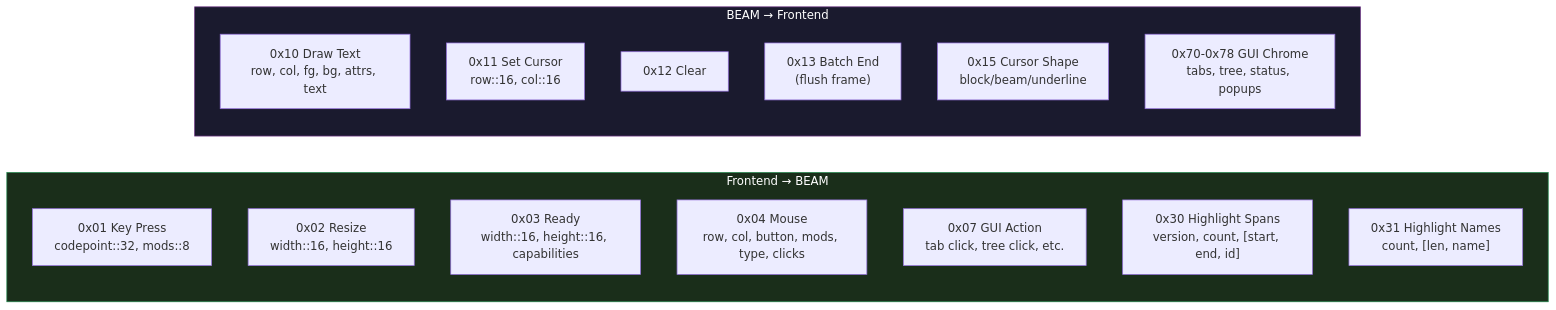
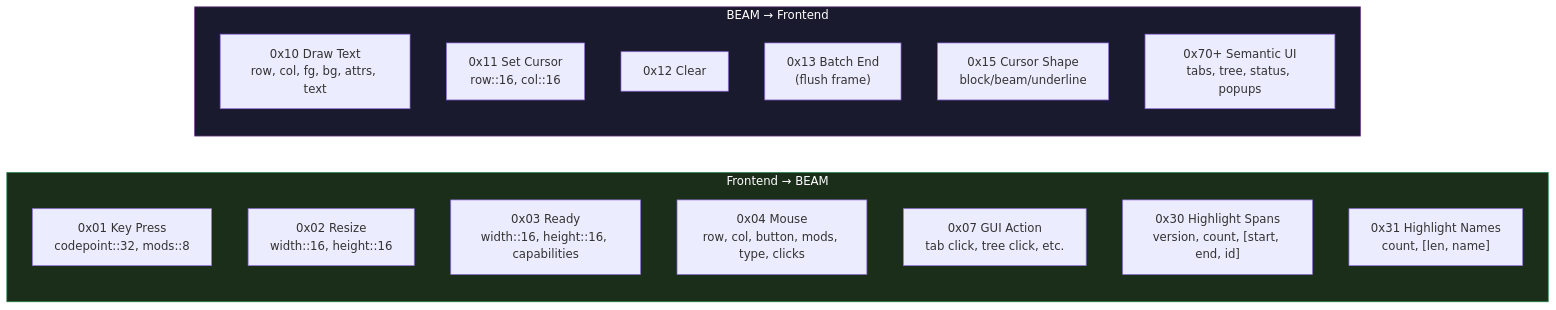
Before and after one commit to jsmestad/minga: the seventh of 10 diagrams in docs/ARCHITECTURE.md, drawn with Mermaid. The commit also changed other lines of this file and 4 other files, not shown here.

````diff
--- a/docs/ARCHITECTURE.md
+++ b/docs/ARCHITECTURE.md
@@ -320,24 +322,24 @@
 ```mermaid
 graph LR
     subgraph FrontendToBEAM["Frontend → BEAM"]
         K["0x01 Key Press<br/>codepoint::32, mods::8"]
         R["0x02 Resize<br/>width::16, height::16"]
         RDY["0x03 Ready<br/>width::16, height::16, capabilities"]
         M["0x04 Mouse<br/>row, col, button, mods, type, clicks"]
         GA["0x07 GUI Action<br/>tab click, tree click, etc."]
         HS["0x30 Highlight Spans<br/>version, count, [start, end, id]"]
         HN["0x31 Highlight Names<br/>count, [len, name]"]
     end
 
     subgraph BEAMToFrontend["BEAM → Frontend"]
         DT["0x10 Draw Text<br/>row, col, fg, bg, attrs, text"]
         SC["0x11 Set Cursor<br/>row::16, col::16"]
         CL["0x12 Clear"]
         BE["0x13 Batch End<br/>(flush frame)"]
         CS["0x15 Cursor Shape<br/>block/beam/underline"]
-        GUI["0x70-0x78 GUI Chrome<br/>tabs, tree, status, popups"]
+        GUI["0x70+ Semantic UI<br/>tabs, tree, status, popups"]
     end
 
     style FrontendToBEAM fill:#1a2e1a,stroke:#1e8449,color:#fff
     style BEAMToFrontend fill:#1a1a2e,stroke:#6c3483,color:#fff
 ```
````
